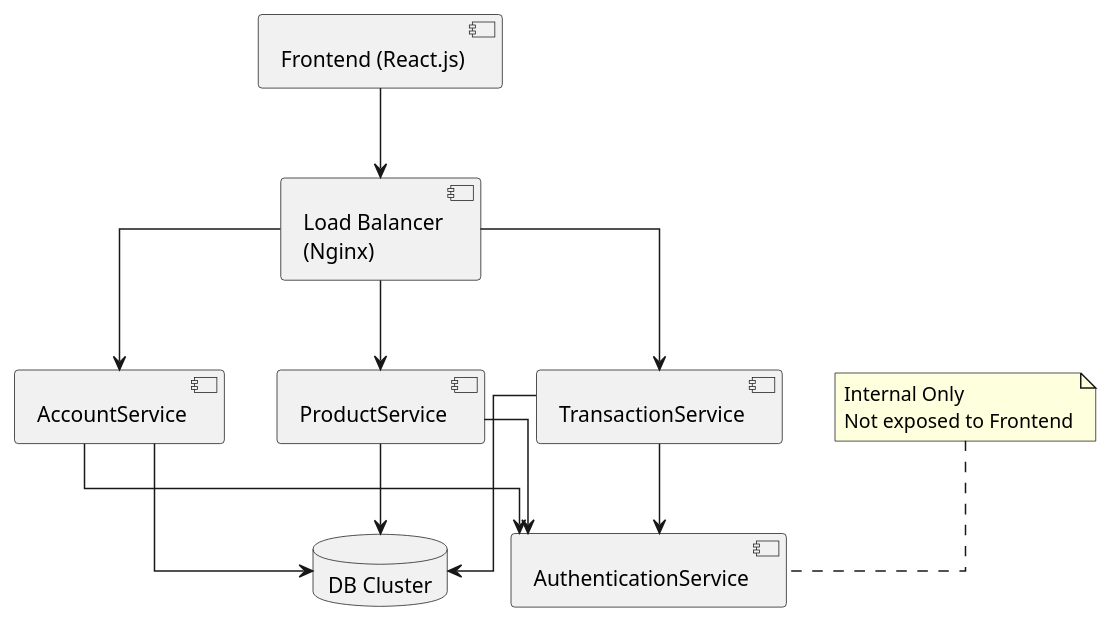
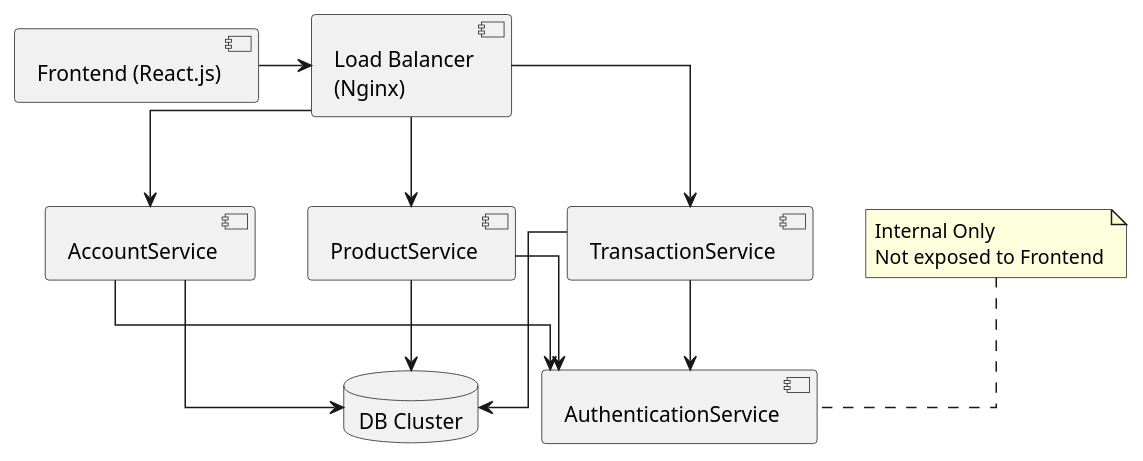
One commit to AhmedSaid3617/e-market-system changed the diagram in architecture.md. Above: the diagram before and after it, drawn with PlantUML.

Commit message:
Updated PlantUML

````diff
--- a/architecture.md
+++ b/architecture.md
@@ -3,44 +3,44 @@
 ```plantuml
 @startuml
 skinparam linetype ortho
 
 ' Define front-end
 component "Frontend (React.js)" as Frontend
 
 ' Define load balancer
 component "Load Balancer\n(Nginx)" as LB
 
 ' Define services
 component "AccountService" as AccountService
 component "ProductService" as ProductService
 component "TransactionService" as TransactionService
 component "AuthenticationService" as AuthService
 
 ' Define DB cluster
 database "DB Cluster" as DB
 
 ' Connections from Frontend
-Frontend --> LB
+Frontend -> LB
 
 ' Load balancer routes to services
 LB --> AccountService
 LB --> ProductService
 LB --> TransactionService
 
 ' Internal services call AuthenticationService
 AccountService --> AuthService
 ProductService --> AuthService
 TransactionService --> AuthService
 
 note top of AuthService
   Internal Only
   Not exposed to Frontend
 end note
 
 ' All services connect to DB cluster
 AccountService --> DB
 ProductService --> DB
 TransactionService --> DB
 
 @enduml
 ```
````
